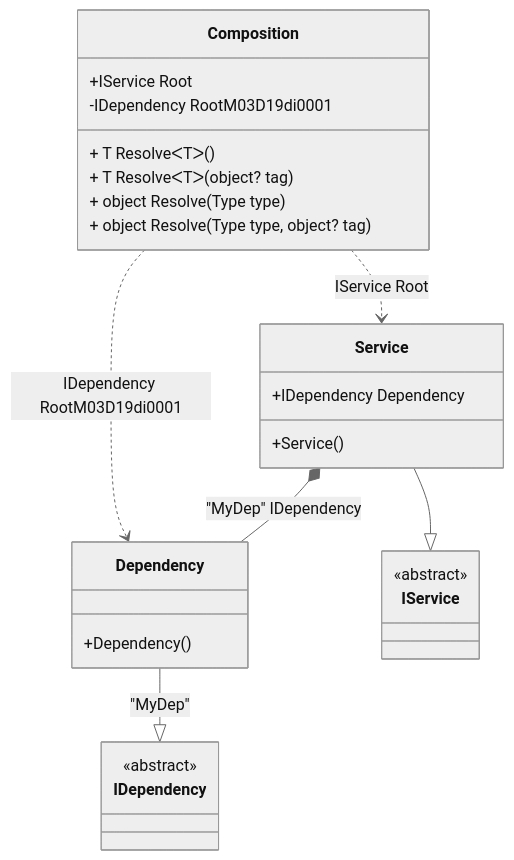
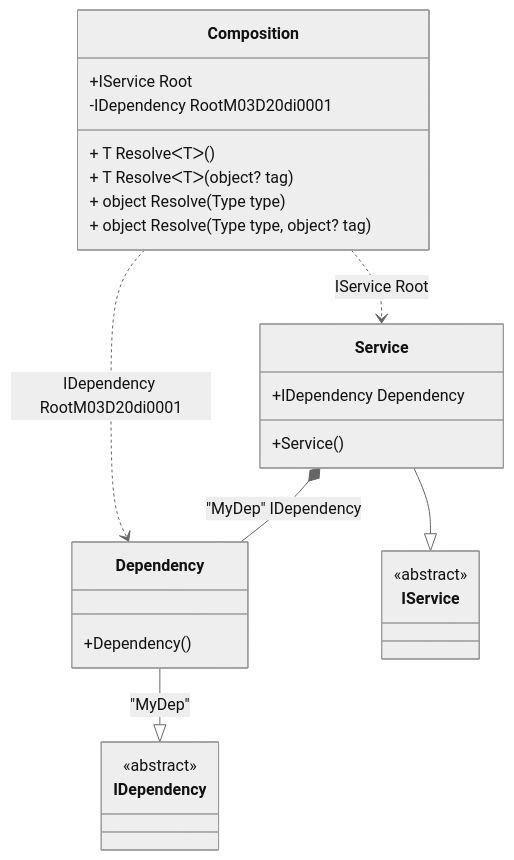
One commit to DevTeam/Pure.DI changed the diagram in readme/check-for-a-root.md. Above: the diagram before and after it, drawn with Mermaid (neutral theme). The commit also changed other lines of this file and 75 other files, not shown here.

````diff
--- a/readme/check-for-a-root.md
+++ b/readme/check-for-a-root.md
@@ -63,29 +63,29 @@
 ```mermaid
 classDiagram
   class Composition {
     +IService Root
-    -IDependency RootM03D19di0001
+    -IDependency RootM03D20di0001
     + T ResolveᐸTᐳ()
     + T ResolveᐸTᐳ(object? tag)
     + object Resolve(Type type)
     + object Resolve(Type type, object? tag)
   }
   Dependency --|> IDependency : "MyDep" 
   class Dependency {
     +Dependency()
   }
   Service --|> IService : 
   class Service {
     +Service()
     +IDependency Dependency
   }
   class IDependency {
     <<abstract>>
   }
   class IService {
     <<abstract>>
   }
   Service *--  Dependency : "MyDep"  IDependency
-  Composition ..> Dependency : IDependency RootM03D19di0001
+  Composition ..> Dependency : IDependency RootM03D20di0001
   Composition ..> Service : IService Root
 ```
````
